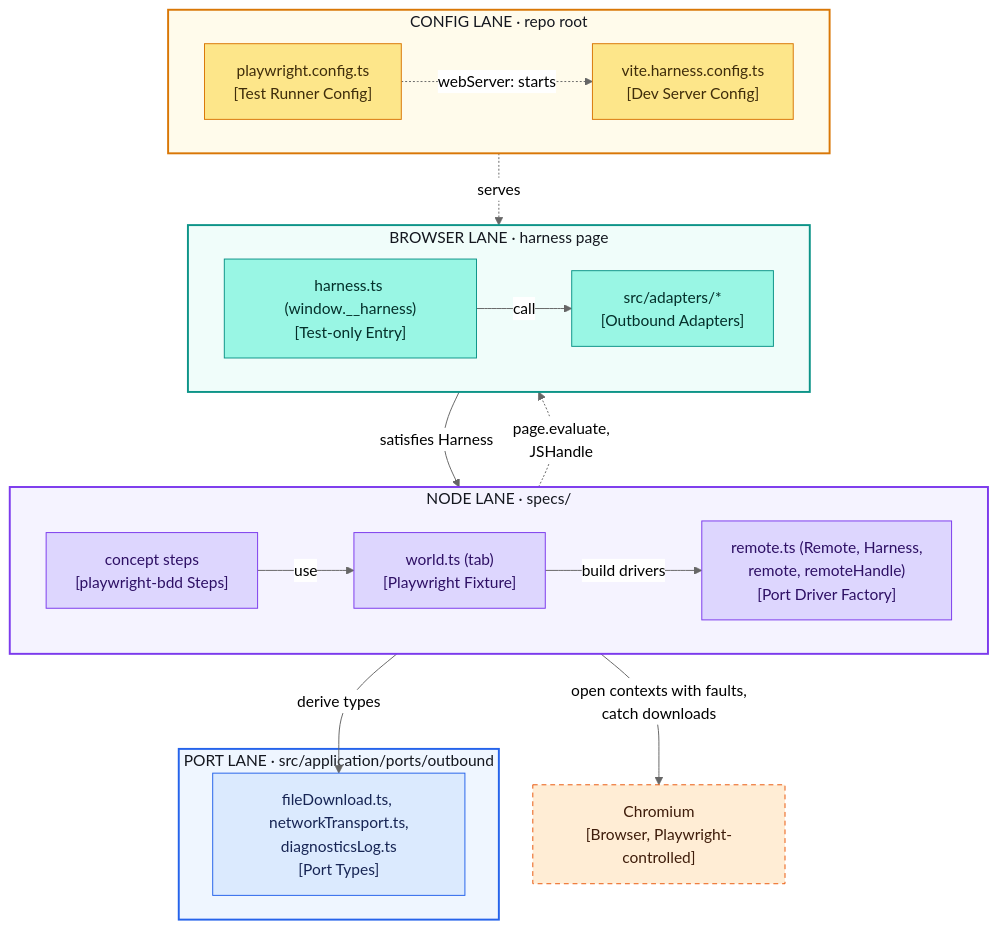
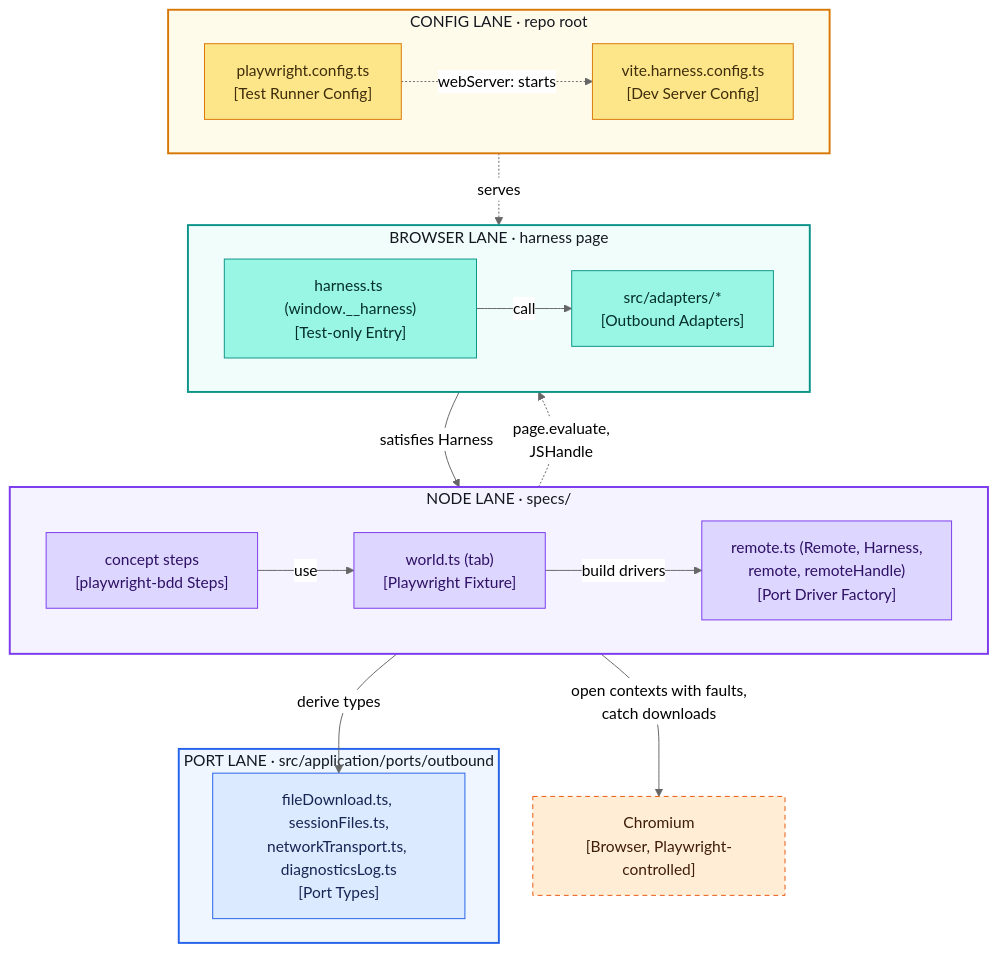
The first of 3 diagrams in docs/technical/concepts/integration-testing.md (cfisch3r/estimate), drawn with Mermaid (neutral theme) before and after one commit. The commit also changed other lines of this file and 50 other files, not shown here.

First line of the commit message:
refactor: move the session file format and I/O behind a file port (#247)

````diff
--- a/docs/technical/concepts/integration-testing.md
+++ b/docs/technical/concepts/integration-testing.md
@@ -22,54 +22,54 @@
 ```mermaid
 flowchart TD
   subgraph nodelane["NODE LANE · specs/"]
     direction LR
     Steps["concept steps<br/>[playwright-bdd Steps]"]
     World["world.ts (tab)<br/>[Playwright Fixture]"]
     Remote["remote.ts (Remote, Harness,<br/>remote, remoteHandle)<br/>[Port Driver Factory]"]
   end
 
   subgraph configlane["CONFIG LANE · repo root"]
     direction LR
     PWConfig["playwright.config.ts<br/>[Test Runner Config]"]
     HarnessConfig["vite.harness.config.ts<br/>[Dev Server Config]"]
   end
 
   subgraph browserlane["BROWSER LANE · harness page"]
     direction LR
     Harness["harness.ts (window.__harness)<br/>[Test-only Entry]"]
     Adapters["src/adapters/*<br/>[Outbound Adapters]"]
   end
 
   subgraph portlane["PORT LANE · src/application/ports/outbound"]
-    Ports["fileDownload.ts, networkTransport.ts,<br/>diagnosticsLog.ts<br/>[Port Types]"]
+    Ports["fileDownload.ts, sessionFiles.ts,<br/>networkTransport.ts, diagnosticsLog.ts<br/>[Port Types]"]
   end
 
   Chromium["Chromium<br/>[Browser, Playwright-controlled]"]
 
   Steps -->|"use"| World
   World -->|"build drivers"| Remote
   Remote -.->|"page.evaluate,<br/>JSHandle"| Harness
   Harness -->|"call"| Adapters
   Harness -->|"satisfies Harness"| Remote
   Remote -->|"derive types"| Ports
   World -->|"open contexts with faults,<br/>catch downloads"| Chromium
   PWConfig -.->|"webServer: starts"| HarnessConfig
   HarnessConfig -.->|"serves"| Harness
 
   classDef node  fill:#DDD6FE,stroke:#7C3AED,color:#2E1065
   classDef cfg   fill:#FDE68A,stroke:#D97706,color:#3F2D0B
   classDef brw   fill:#99F6E4,stroke:#0D9488,color:#042F2A
   classDef port  fill:#DBEAFE,stroke:#2563EB,color:#172554
   classDef ext   fill:#FFEDD5,stroke:#EA580C,color:#3F1D0B,stroke-dasharray:5 4
 
   class Steps,World,Remote node
   class PWConfig,HarnessConfig cfg
   class Harness,Adapters brw
   class Ports port
   class Chromium ext
 
   style nodelane fill:#F5F3FF,stroke:#7C3AED,stroke-width:2px,color:#14171f
   style configlane fill:#FFFBEB,stroke:#D97706,stroke-width:2px,color:#14171f
   style browserlane fill:#F0FDFA,stroke:#0D9488,stroke-width:2px,color:#14171f
   style portlane fill:#EFF6FF,stroke:#2563EB,stroke-width:2px,color:#14171f
 ```
````
